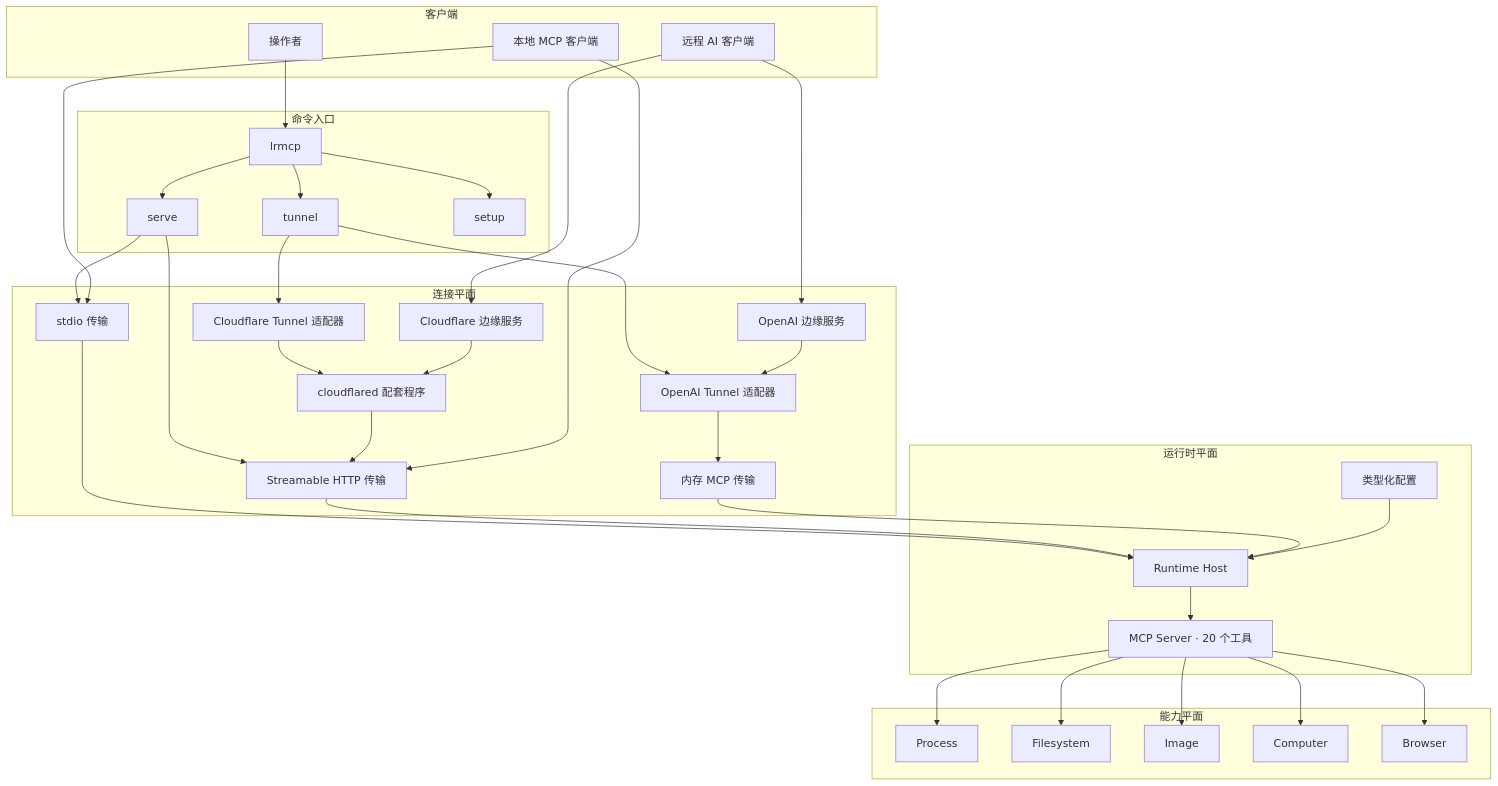
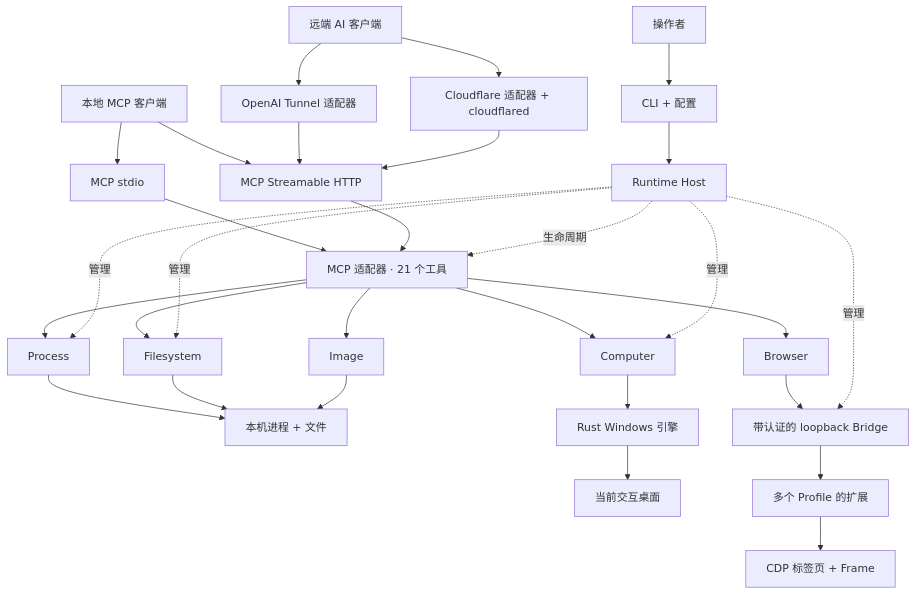
The first of 7 diagrams in README.zh-CN.md (hicancan/local-runtime-mcp), drawn with Mermaid before and after one commit. The commit also changed other lines of this file and 65 other files, not shown here.

Commit message:
feat: coordinate concurrent clients and explicit browser profiles in v10

````diff
--- a/README.zh-CN.md
+++ b/README.zh-CN.md
@@ -32,70 +24,31 @@
 ```mermaid
 flowchart TB
-    subgraph Clients[客户端]
-		OP[操作者]
-        LOCAL[本地 MCP 客户端]
-        REMOTE[远程 AI 客户端]
-    end
-
-    subgraph Commands[命令入口]
-        CLI[lrmcp]
-        SERVE[serve]
-        TUNNEL[tunnel]
-        SETUP[setup]
-    end
-
-    subgraph Connection[连接平面]
-        STDIO[stdio 传输]
-        HTTP[Streamable HTTP 传输]
-        OAI[OpenAI Tunnel 适配器]
-        CF[Cloudflare Tunnel 适配器]
-        OAIE[OpenAI 边缘服务]
-        CFE[Cloudflare 边缘服务]
-        CFD[cloudflared 配套程序]
-        MEMORY[内存 MCP 传输]
-    end
-
-    subgraph Runtime[运行时平面]
-        CFG[类型化配置]
-        HOST[Runtime Host]
-        MCP[MCP Server · 20 个工具]
-    end
-
-    subgraph Capabilities[能力平面]
-        P[Process]
-        F[Filesystem]
-        I[Image]
-        C[Computer]
-        B[Browser]
-    end
-
-    OP --> CLI
-    CLI --> SERVE
-    CLI --> TUNNEL
-    CLI --> SETUP
-
-    SERVE --> STDIO
-    SERVE --> HTTP
-    TUNNEL --> OAI
-    TUNNEL --> CF
-    OAI --> MEMORY
-    CF --> CFD
-    CFD --> HTTP
-	REMOTE --> OAIE
-	OAIE --> OAI
-	REMOTE --> CFE
-	CFE --> CFD
-	LOCAL --> STDIO
-	LOCAL --> HTTP
-
-    STDIO --> HOST
-    HTTP --> HOST
-    MEMORY --> HOST
-    CFG --> HOST
-    HOST --> MCP
-    MCP --> P
-    MCP --> F
-    MCP --> I
-    MCP --> C
-    MCP --> B
+    Operator[操作者] --> CLI[CLI + 配置]
+    CLI --> Host[Runtime Host]
+    Local[本地 MCP 客户端] --> Stdio[MCP stdio]
+    Local --> HTTP[MCP Streamable HTTP]
+    Remote[远端 AI 客户端] --> OpenAI[OpenAI Tunnel 适配器]
+    Remote --> Cloudflare[Cloudflare 适配器 + cloudflared]
+    OpenAI --> HTTP
+    Cloudflare --> HTTP
+    Stdio --> MCP[MCP 适配器 · 21 个工具]
+    HTTP --> MCP
+    MCP --> Process[Process]
+    MCP --> Files[Filesystem]
+    MCP --> Image[Image]
+    MCP --> Computer[Computer]
+    MCP --> Browser[Browser]
+    Process --> Machine[本机进程 + 文件]
+    Files --> Machine
+    Image --> Machine
+    Computer --> Native[Rust Windows 引擎]
+    Native --> Desktop[当前交互桌面]
+    Browser --> Bridge[带认证的 loopback Bridge]
+    Bridge --> Profiles[多个 Profile 的扩展]
+    Profiles --> CDP[CDP 标签页 + Frame]
+    Host -. 生命周期 .-> MCP
+    Host -. 管理 .-> Process
+    Host -. 管理 .-> Files
+    Host -. 管理 .-> Computer
+    Host -. 管理 .-> Bridge
 ```
````
